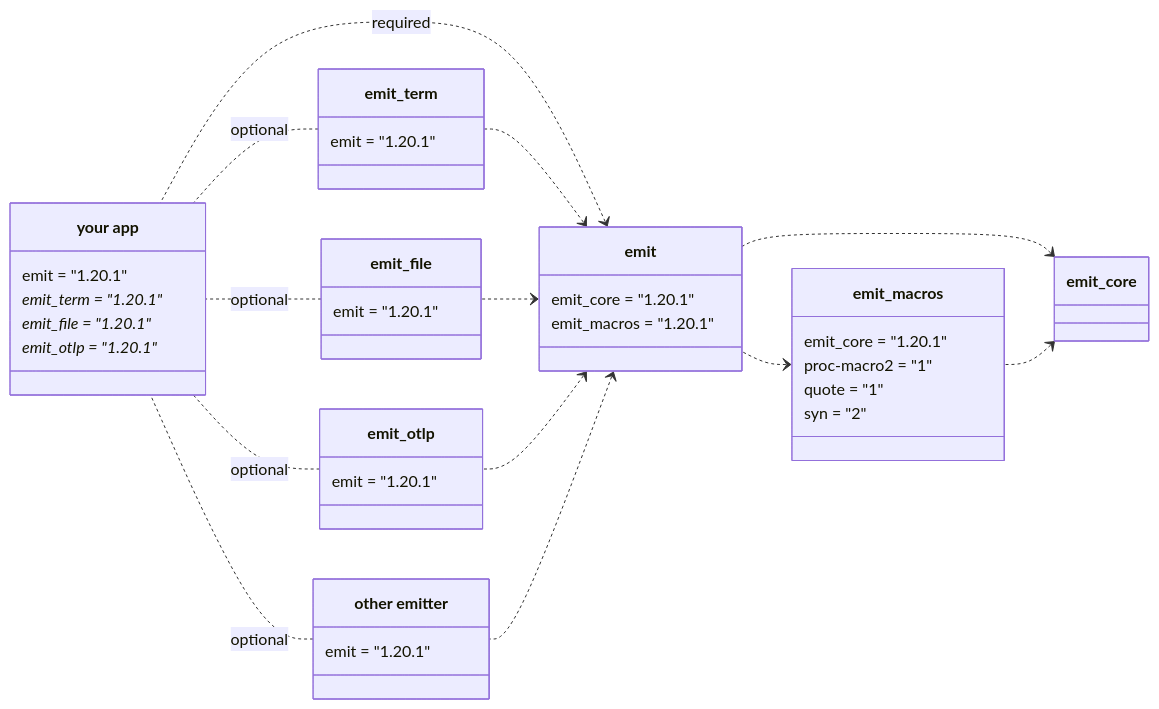
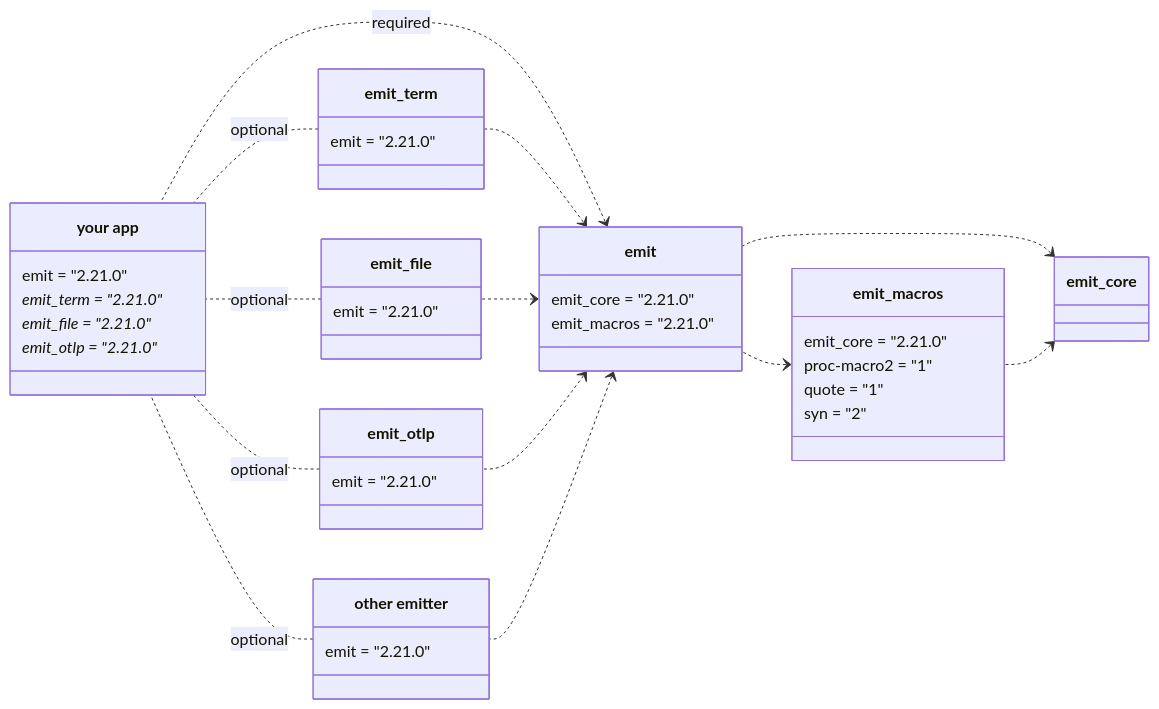
One commit to emit-rs/emit changed the first of 5 diagrams in book/src/reference/architecture.md. Above: the diagram before and after it, drawn with Mermaid. The commit also changed other lines of this file and 74 other files, not shown here.

````diff
--- a/book/src/reference/architecture.md
+++ b/book/src/reference/architecture.md
@@ -9,62 +9,62 @@
 ```mermaid
 classDiagram
     direction RL
     
     emit_core <.. emit_macros
     emit_core <.. emit
     emit_macros <.. emit
 
     class emit_macros {
-        emit_core = "1.20.1"
+        emit_core = "2.21.0"
         proc-macro2 = "1"
         quote = "1"
         syn = "2"
     }
 
     emit <.. emit_term
     emit <.. emit_file
     emit <.. emit_otlp
     emit <.. emit_custom
 
     emit <.. app : required
 
     class emit {
-        emit_core = "1.20.1"
-        emit_macros = "1.20.1"
+        emit_core = "2.21.0"
+        emit_macros = "2.21.0"
     }
 
     emit_term .. app : optional
     emit_file .. app : optional
     emit_otlp .. app : optional
     emit_custom .. app : optional
 
     class emit_term {
-        emit = "1.20.1"
+        emit = "2.21.0"
     }
 
     class emit_file {
-        emit = "1.20.1"
+        emit = "2.21.0"
     }
 
     class emit_otlp {
-        emit = "1.20.1"
+        emit = "2.21.0"
     }
 
     class emit_custom["other emitter"] {
-        emit = "1.20.1"
+        emit = "2.21.0"
     }
 
     class app["your app"] {
-        emit = "1.20.1"
-        emit_term = "1.20.1"*
-        emit_file = "1.20.1"*
-        emit_otlp = "1.20.1"*
+        emit = "2.21.0"
+        emit_term = "2.21.0"*
+        emit_file = "2.21.0"*
+        emit_otlp = "2.21.0"*
     }
 
-    click emit_core href "https://docs.rs/emit_core/1.20.1/emit_core/index.html"
-    click emit_macros href "https://docs.rs/emit_macros/1.20.1/emit_macros/index.html"
-    click emit href "https://docs.rs/emit/1.20.1/emit/index.html"
-    click emit_term href "https://docs.rs/emit_term/1.20.1/emit_term/index.html"
-    click emit_file href "https://docs.rs/emit_file/1.20.1/emit_file/index.html"
-    click emit_otlp href "https://docs.rs/emit_otlp/1.20.1/emit_otlp/index.html"
+    click emit_core href "https://docs.rs/emit_core/1.21.0/emit_core/index.html"
+    click emit_macros href "https://docs.rs/emit_macros/2.21.0/emit_macros/index.html"
+    click emit href "https://docs.rs/emit/2.21.0/emit/index.html"
+    click emit_term href "https://docs.rs/emit_term/2.21.0/emit_term/index.html"
+    click emit_file href "https://docs.rs/emit_file/2.21.0/emit_file/index.html"
+    click emit_otlp href "https://docs.rs/emit_otlp/2.21.0/emit_otlp/index.html"
 ```
````
